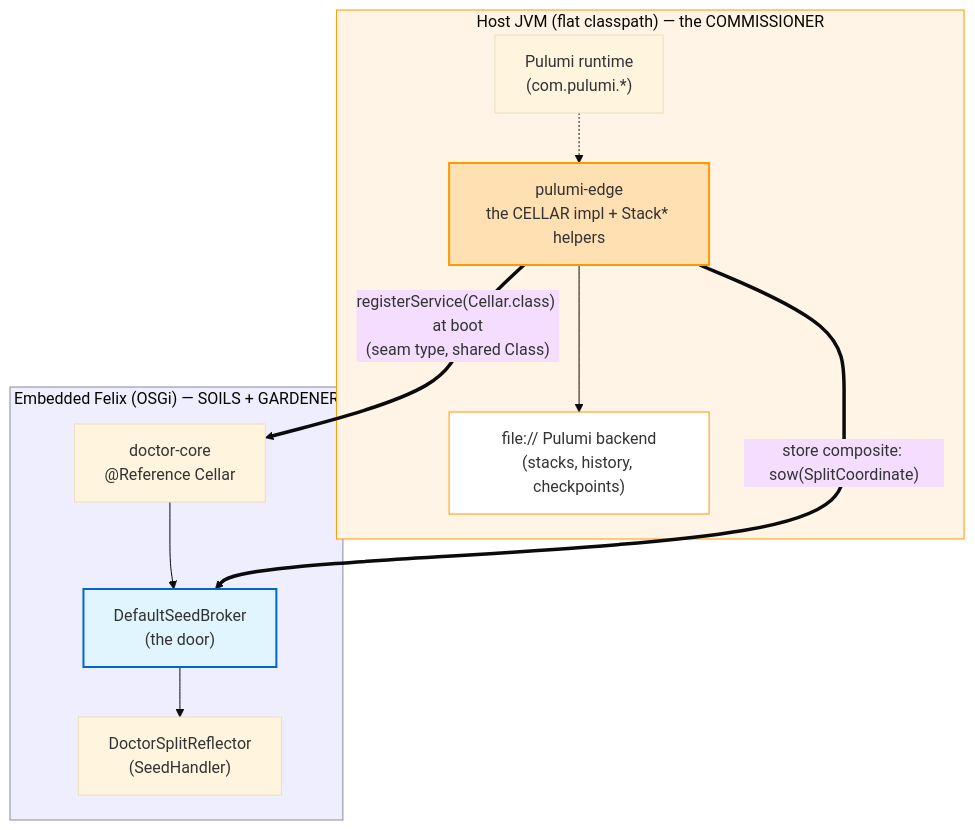
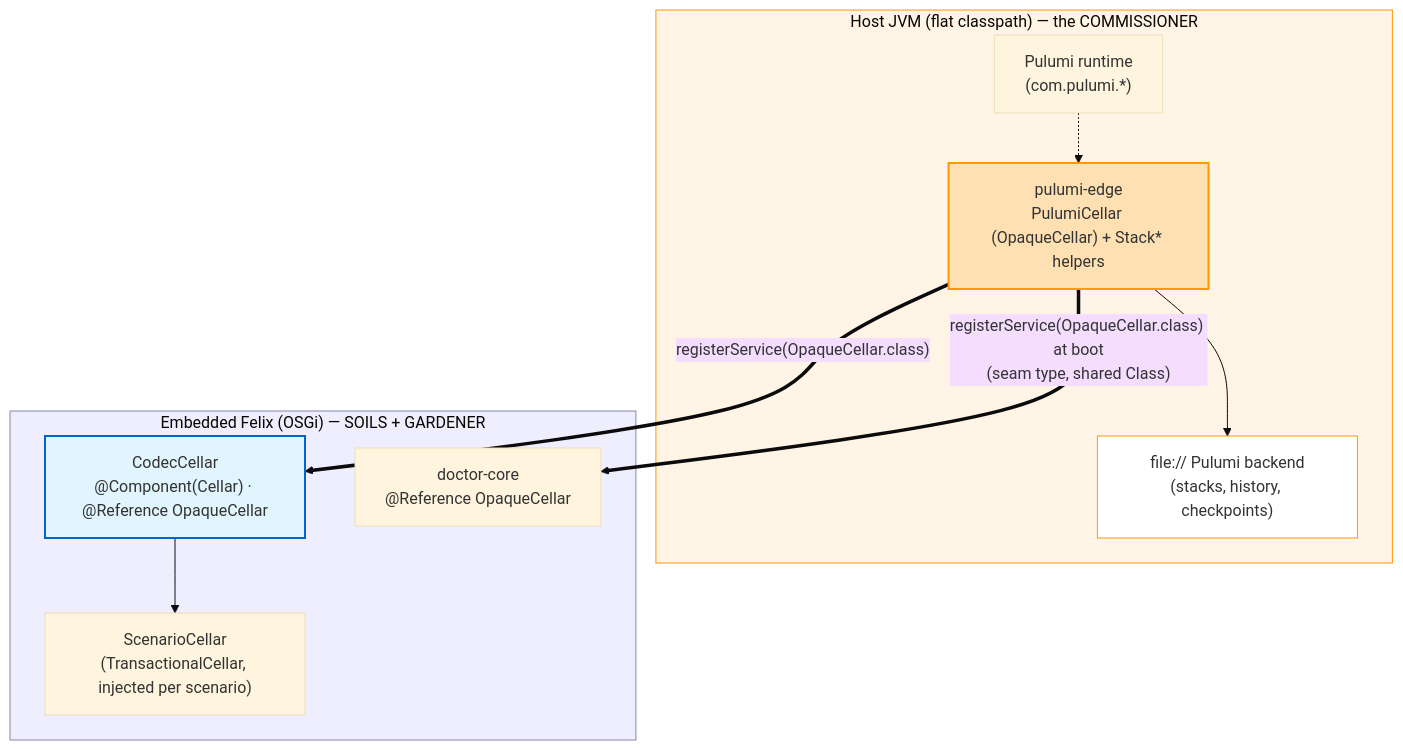
One commit to nxmatic/rke2lab changed the second of 6 diagrams in docs/architecture/osgi/host-cellar-realisation-spec.adoc. Above: the diagram before and after it, drawn with Mermaid (base theme). The commit also changed other lines of this file and 35 other files, not shown here.

```diff
--- a/docs/architecture/osgi/host-cellar-realisation-spec.adoc
+++ b/docs/architecture/osgi/host-cellar-realisation-spec.adoc
@@ -147,26 +178,25 @@
 [mermaid]
 ----
 flowchart TB
   subgraph hostjvm["Host JVM (flat classpath) — the COMMISSIONER"]
     pulumi["Pulumi runtime<br/>(com.pulumi.*)"]
-    edge["pulumi-edge<br/>the CELLAR impl + Stack* helpers"]
+    edge["pulumi-edge<br/>PulumiCellar (OpaqueCellar) + Stack* helpers"]
     backend["file:// Pulumi backend<br/>(stacks, history, checkpoints)"]
     edge --> backend
     pulumi -.-> edge
   end
   subgraph felix["Embedded Felix (OSGi) — SOILS + GARDENER"]
-    broker["DefaultSeedBroker<br/>(the door)"]
-    doctor["doctor-core<br/>@Reference Cellar"]
-    reflector["DoctorSplitReflector<br/>(SeedHandler)"]
-    broker --> reflector
-    doctor --> broker
+    codec["CodecCellar<br/>@Component(Cellar) · @Reference OpaqueCellar"]
+    doctor["doctor-core<br/>@Reference OpaqueCellar"]
+    scenario["ScenarioCellar<br/>(TransactionalCellar, injected per scenario)"]
+    codec --> scenario
   end
-  edge ==>|"registerService(Cellar.class) at boot<br/>(seam type, shared Class)"| doctor
-  edge ==>|"store composite: sow(SplitCoordinate)"| broker
+  edge ==>|"registerService(OpaqueCellar.class) at boot<br/>(seam type, shared Class)"| doctor
+  edge ==>|"registerService(OpaqueCellar.class)"| codec
 
   style hostjvm fill:#fff4e6,stroke:#ff9900
   style felix fill:#eef,stroke:#88a
   style edge fill:#ffe0b2,stroke:#ff9900,stroke-width:2px
   style backend fill:#ffffff,stroke:#ff9900
-  style broker fill:#e1f5ff,stroke:#0066cc,stroke-width:2px
+  style codec fill:#e1f5ff,stroke:#0066cc,stroke-width:2px
 ----
```
